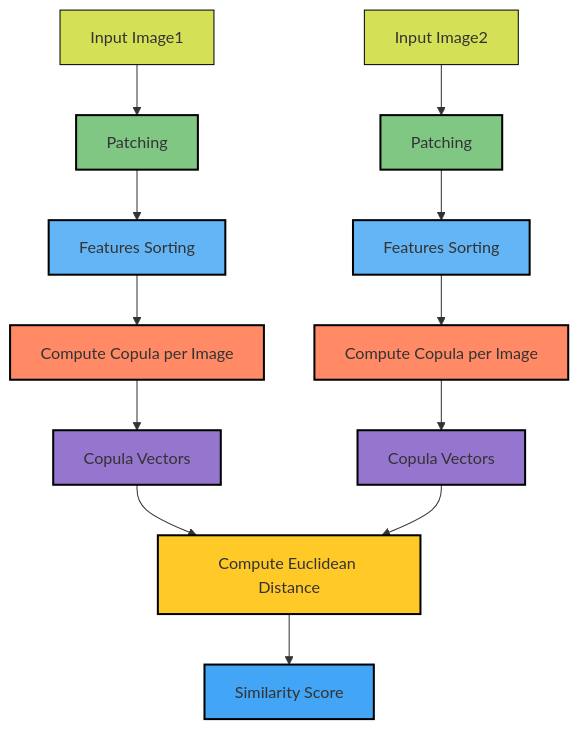
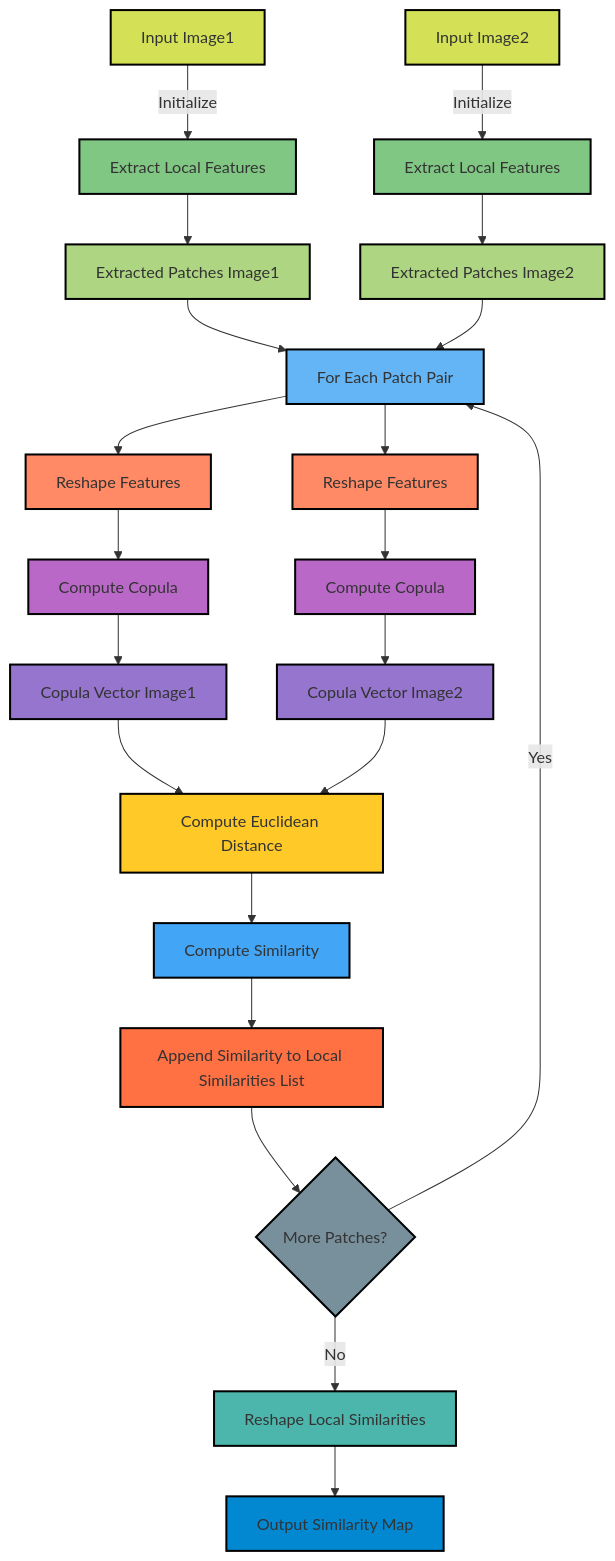
The diagram in README.md (safouaneelg/copulasimilarity), drawn with Mermaid before and after one commit.

Commit message:
README update

````diff
--- a/README.md
+++ b/README.md
@@ -11,32 +11,53 @@
 ```mermaid
 graph TD
-    A[Input Image1] --> B[Patching]
-    A2[Input Image2] --> B2[Patching]
+    A[Input Image1] -->|Initialize| B[Extract Local Features]
+    A2[Input Image2] -->|Initialize| B2[Extract Local Features]
     
-    B --> C[Features Sorting]
-    B2 --> C2[Features Sorting]
+    B --> C[Extracted Patches Image1]
+    B2 --> C2[Extracted Patches Image2]
     
-    C --> D[Compute Copula per Image]
-    C2 --> D2[Compute Copula per Image]
+    C --> D[For Each Patch Pair]
+    C2 --> D
+
+    D --> E[Reshape Features]
+    D --> E2[Reshape Features]
+
+    E --> F[Compute Copula]
+    E2 --> F2[Compute Copula]
     
-    D --> E[Copula Vectors]
-    D2 --> E2[Copula Vectors]
+    F --> G[Copula Vector Image1]
+    F2 --> G2[Copula Vector Image2]
     
-    E --> F[Compute Euclidean Distance]
-    E2 --> F
+    G --> H[Compute Euclidean Distance]
+    G2 --> H
+
+    H --> I[Compute Similarity]
     
-    F --> G[Similarity Score]
+    I --> J[Append Similarity to Local Similarities List]
+
+    J --> K{More Patches?}
+    K -->|Yes| D
+    K -->|No| L[Reshape Local Similarities]
     
-    style A fill:#D4E157,stroke:#000
-    style A2 fill:#D4E157,stroke:#000
+    L --> M[Output Similarity Map]
+
+    style A fill:#D4E157,stroke:#000,stroke-width:2px
+    style A2 fill:#D4E157,stroke:#000,stroke-width:2px
     style B fill:#81C784,stroke:#000,stroke-width:2px
     style B2 fill:#81C784,stroke:#000,stroke-width:2px
-    style C fill:#64B5F6,stroke:#000,stroke-width:2px
-    style C2 fill:#64B5F6,stroke:#000,stroke-width:2px
-    style D fill:#FF8A65,stroke:#000,stroke-width:2px
-    style D2 fill:#FF8A65,stroke:#000,stroke-width:2px
-    style E fill:#9575CD,stroke:#000,stroke-width:2px
-    style E2 fill:#9575CD,stroke:#000,stroke-width:2px
-    style F fill:#FFCA28,stroke:#000,stroke-width:2px
-    style G fill:#42A5F5,stroke:#000,stroke-width:2px
+    style C fill:#AED581,stroke:#000,stroke-width:2px
+    style C2 fill:#AED581,stroke:#000,stroke-width:2px
+    style D fill:#64B5F6,stroke:#000,stroke-width:2px
+    style E fill:#FF8A65,stroke:#000,stroke-width:2px
+    style E2 fill:#FF8A65,stroke:#000,stroke-width:2px
+    style F fill:#BA68C8,stroke:#000,stroke-width:2px
+    style F2 fill:#BA68C8,stroke:#000,stroke-width:2px
+    style G fill:#9575CD,stroke:#000,stroke-width:2px
+    style G2 fill:#9575CD,stroke:#000,stroke-width:2px
+    style H fill:#FFCA28,stroke:#000,stroke-width:2px
+    style I fill:#42A5F5,stroke:#000,stroke-width:2px
+    style J fill:#FF7043,stroke:#000,stroke-width:2px
+    style K fill:#78909C,stroke:#000,stroke-width:2px
+    style L fill:#4DB6AC,stroke:#000,stroke-width:2px
+    style M fill:#0288D1,stroke:#000,stroke-width:2px
 ```
````
